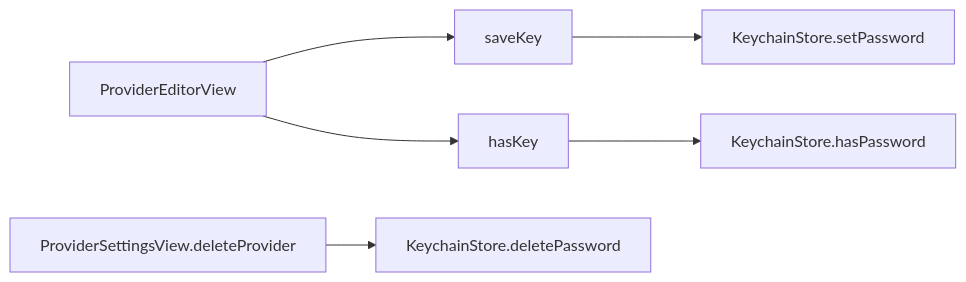
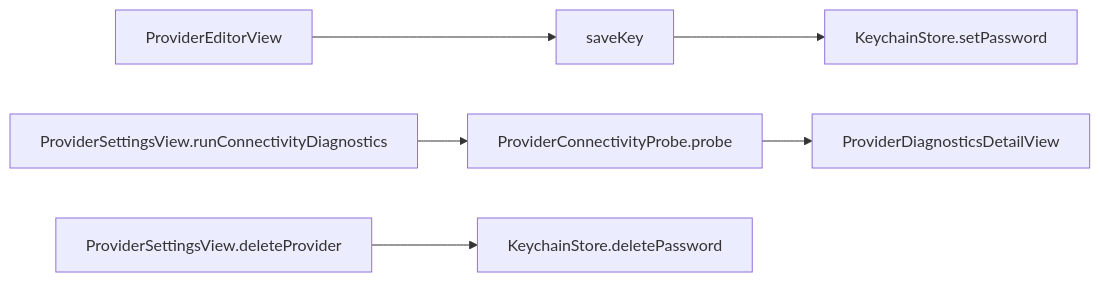
Before and after one commit to Aeonbrk/Swiftdemo: the third of 3 diagrams in docs/CODEBASE_MAP.md, drawn with Mermaid. The commit also changed other lines of this file and 35 other files, not shown here.

````diff
--- a/docs/CODEBASE_MAP.md
+++ b/docs/CODEBASE_MAP.md
@@ -186,8 +203,8 @@
 ```mermaid
 flowchart LR
   UI[ProviderEditorView] --> SAVE[saveKey]
   SAVE --> KC[KeychainStore.setPassword]
-  UI --> CHECK[hasKey]
-  CHECK --> KCH[KeychainStore.hasPassword]
+  DIAG[ProviderSettingsView.runConnectivityDiagnostics] --> PROBE[ProviderConnectivityProbe.probe]
+  PROBE --> PANEL[ProviderDiagnosticsDetailView]
   DEL[ProviderSettingsView.deleteProvider] --> KCD[KeychainStore.deletePassword]
 ```
````
